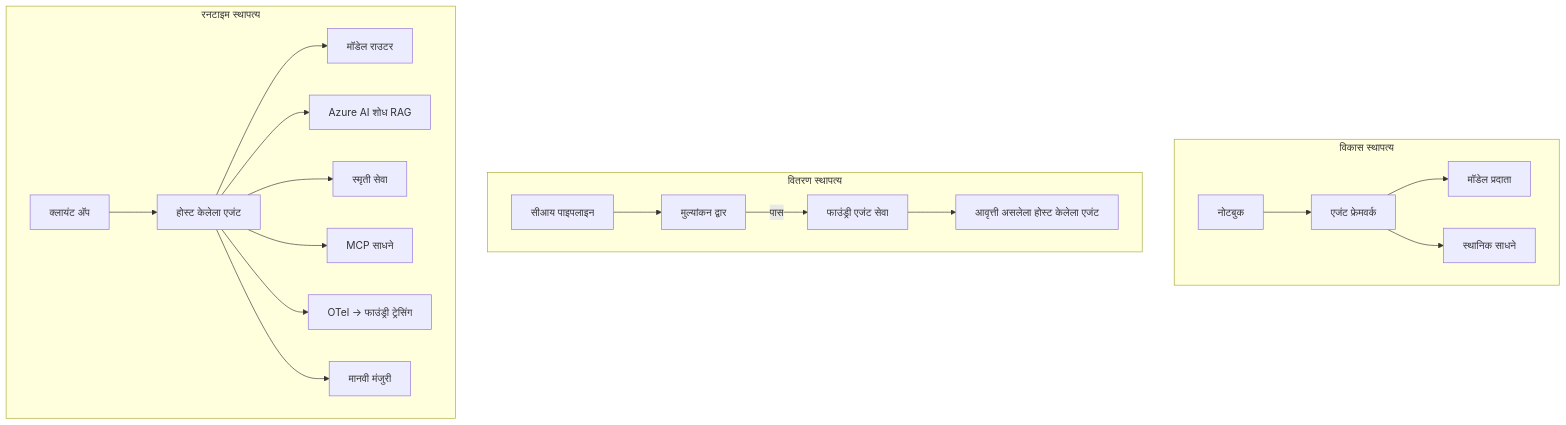
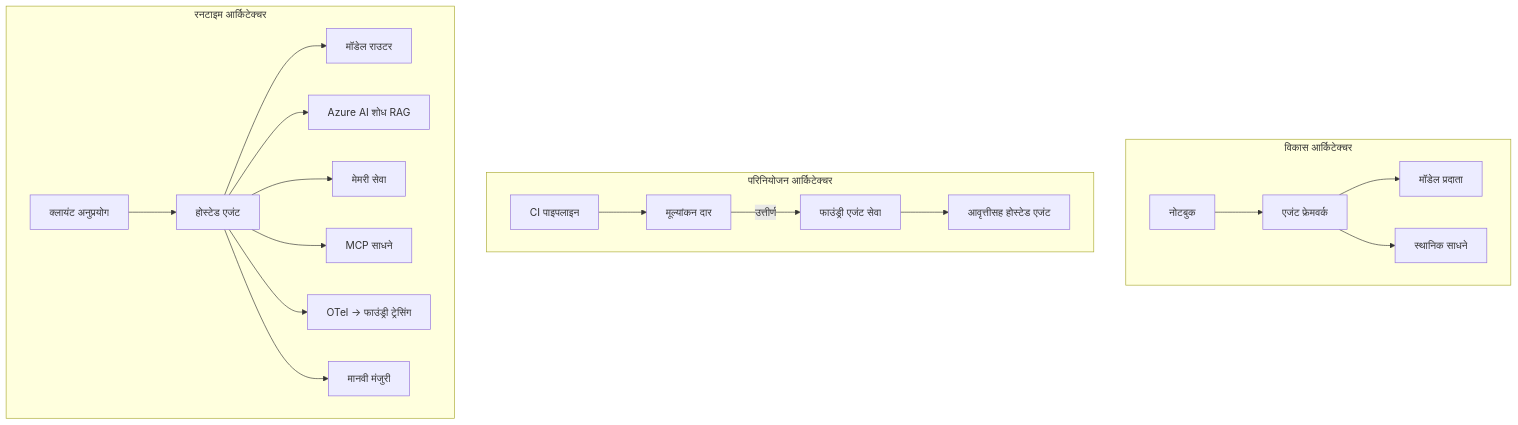
One commit to gabrielmoreira/agent-skills-mirror changed the fourth of 4 diagrams in mirrors/repos/microsoft@ai-agents-for-beginners/translations/mr/16-deploying-scalable-agents/README.md. Above: the diagram before and after it, drawn with Mermaid. The commit also changed other lines of this file and 3581 other files, not shown here.

````diff
--- a/mirrors/repos/microsoft@ai-agents-for-beginners/translations/mr/16-deploying-scalable-agents/README.md
+++ b/mirrors/repos/microsoft@ai-agents-for-beginners/translations/mr/16-deploying-scalable-agents/README.md
@@ -185,22 +185,22 @@
 ```mermaid
 flowchart TB
-    subgraph Dev[विकास स्थापत्य]
+    subgraph Dev[विकास आर्किटेक्चर]
         D1[नोटबुक] --> D2[एजंट फ्रेमवर्क]
         D2 --> D3[मॉडेल प्रदाता]
         D2 --> D4[स्थानिक साधने]
     end
-    subgraph Deploy[वितरण स्थापत्य]
-        E1[सीआय पाइपलाइन] --> E2[मुल्यांकन द्वार]
-        E2 -->|पास| E3[फाउंड्री एजंट सेवा]
-        E3 --> E4[आवृत्ती असलेला होस्ट केलेला एजंट]
+    subgraph Deploy[परिनियोजन आर्किटेक्चर]
+        E1[CI पाइपलाइन] --> E2[मूल्यांकन दार]
+        E2 -->|उत्तीर्ण| E3[फाउंड्री एजंट सेवा]
+        E3 --> E4[आवृत्तीसह होस्टेड एजंट]
     end
-    subgraph Run[रनटाइम स्थापत्य]
-        F1[क्लायंट अ‍ॅप] --> F2[होस्ट केलेला एजंट]
+    subgraph Run[रनटाइम आर्किटेक्चर]
+        F1[क्लायंट अनुप्रयोग] --> F2[होस्टेड एजंट]
         F2 --> F3[मॉडेल राउटर]
         F2 --> F4[Azure AI शोध RAG]
-        F2 --> F5[स्मृती सेवा]
+        F2 --> F5[मेमरी सेवा]
         F2 --> F6[MCP साधने]
         F2 --> F7[OTel -> फाउंड्री ट्रेसिंग]
         F2 --> F8[मानवी मंजुरी]
     end
 ```
````
